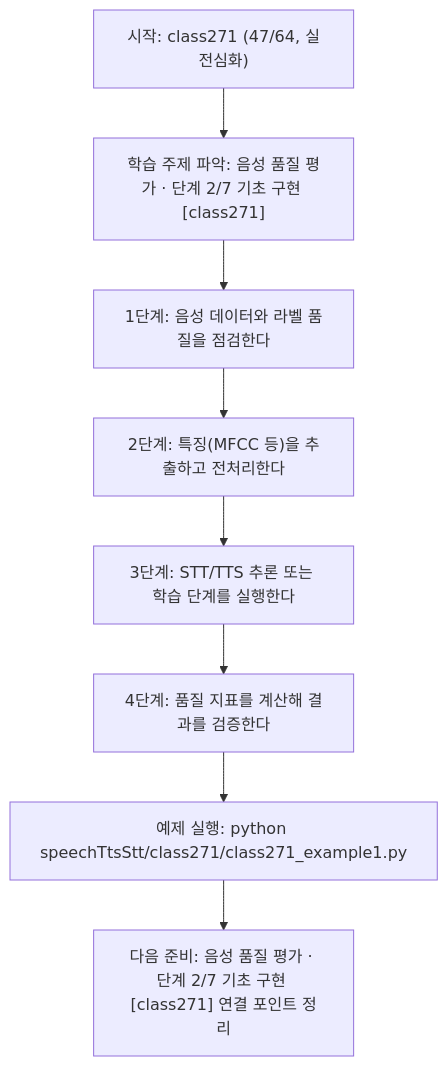
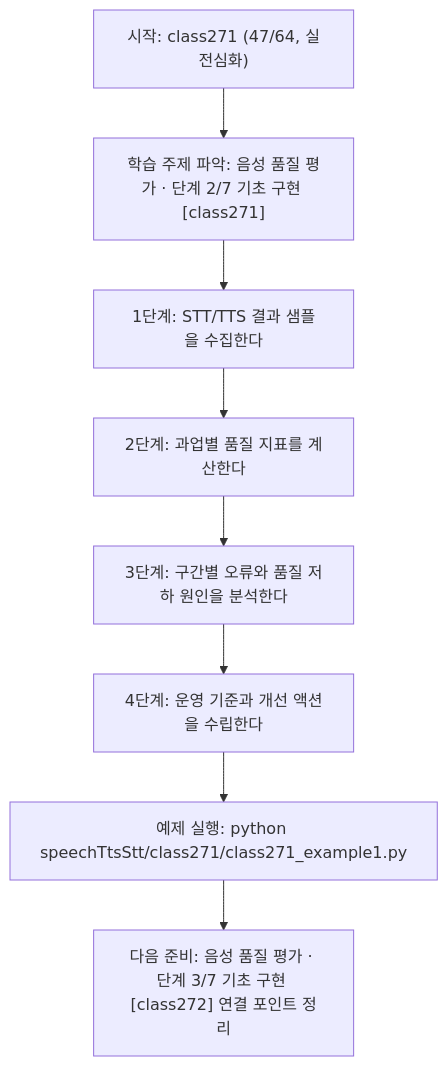
Before and after one commit to edumgt/Python-AI_Agent-Class: the diagram in speechTtsStt/class271/class271.md, drawn with Mermaid. The commit also changed other lines of this file and 1122 other files, not shown here.

````diff
--- a/speechTtsStt/class271/class271.md
+++ b/speechTtsStt/class271/class271.md
@@ -114,18 +95,18 @@
 ```mermaid
 flowchart TD
 N1["시작: class271 (47/64, 실전심화)"]
 N2["학습 주제 파악: 음성 품질 평가 · 단계 2/7 기초 구현 [class271]"]
-N3["1단계: 음성 데이터와 라벨 품질을 점검한다"]
-N4["2단계: 특징(MFCC 등)을 추출하고 전처리한다"]
-N5["3단계: STT/TTS 추론 또는 학습 단계를 실행한다"]
-N6["4단계: 품질 지표를 계산해 결과를 검증한다"]
+N3["1단계: STT/TTS 결과 샘플을 수집한다"]
+N4["2단계: 과업별 품질 지표를 계산한다"]
+N5["3단계: 구간별 오류와 품질 저하 원인을 분석한다"]
+N6["4단계: 운영 기준과 개선 액션을 수립한다"]
 N7["예제 실행: python speechTtsStt/class271/class271_example1.py"]
-N8["다음 준비: 음성 품질 평가 · 단계 2/7 기초 구현 [class271] 연결 포인트 정리"]
+N8["다음 준비: 음성 품질 평가 · 단계 3/7 기초 구현 [class272] 연결 포인트 정리"]
 N1 --> N2
 N2 --> N3
 N3 --> N4
 N4 --> N5
 N5 --> N6
 N6 --> N7
 N7 --> N8
 ```
````
